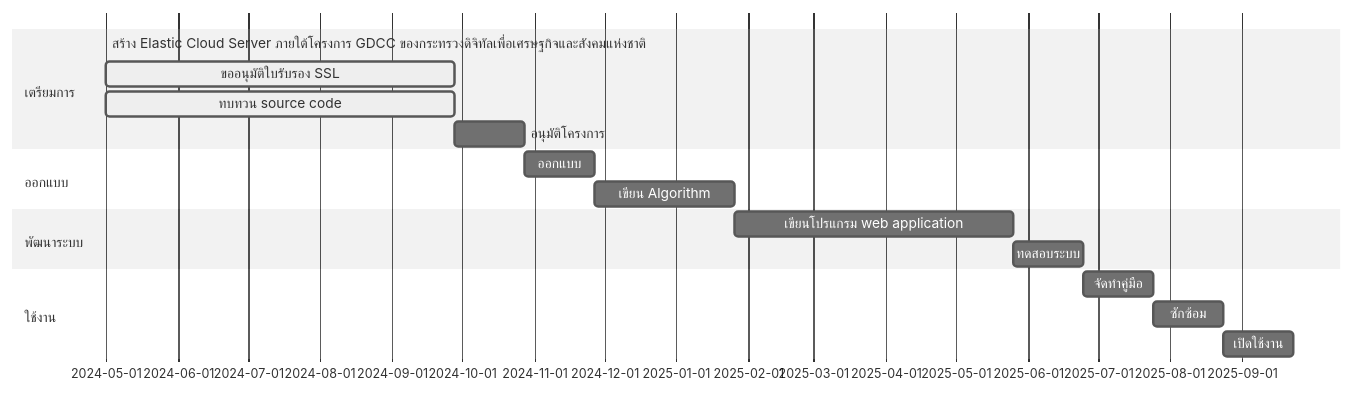
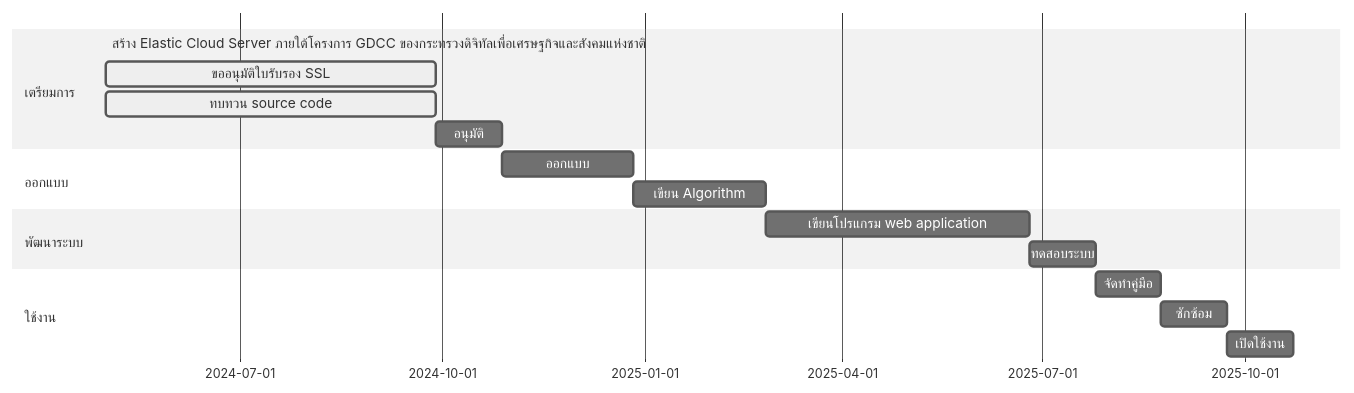
Before and after one commit to Kietpawpan/e-tracking: the first of 2 diagrams in README.md, drawn with Mermaid (neutral theme).

````diff
--- a/README.md
+++ b/README.md
@@ -10,20 +10,20 @@
 ```mermaid
 gantt
     section เตรียมการ
        สร้าง Elastic Cloud Server ภายใต้โครงการ GDCC ของกระทรวงดิจิทัลเพื่อเศรษฐกิจและสังคมแห่งชาติ :done,    des1, 2024-05-01,2024-05-30
        ขออนุมัติใบรับรอง SSL :active, des2, after des1, 150d
        ทบทวน source code : active, des3, after des1, 150d
-       อนุมัติโครงการ: a, after des3, 30d
+       อนุมัติ: a, after des3, 30d
     section ออกแบบ
-       ออกแบบ  :  des4, after a, 30d
+       ออกแบบ  :  des4, after a, 60d
        เขียน Algorithm:   des5, after des4, 60d
     section พัฒนาระบบ
        เขียนโปรแกรม web application  :  des6, after des5, 120d
        ทดสอบระบบ:    des7, after des6, 30d
    section ใช้งาน
        จัดทำคู่มือ  :   des8, after des7, 30d
        ซักซ้อม :      des9, after des8, 30d
        เปิดใช้งาน:    des10, after des9, 30d
 
 
 ```
````
